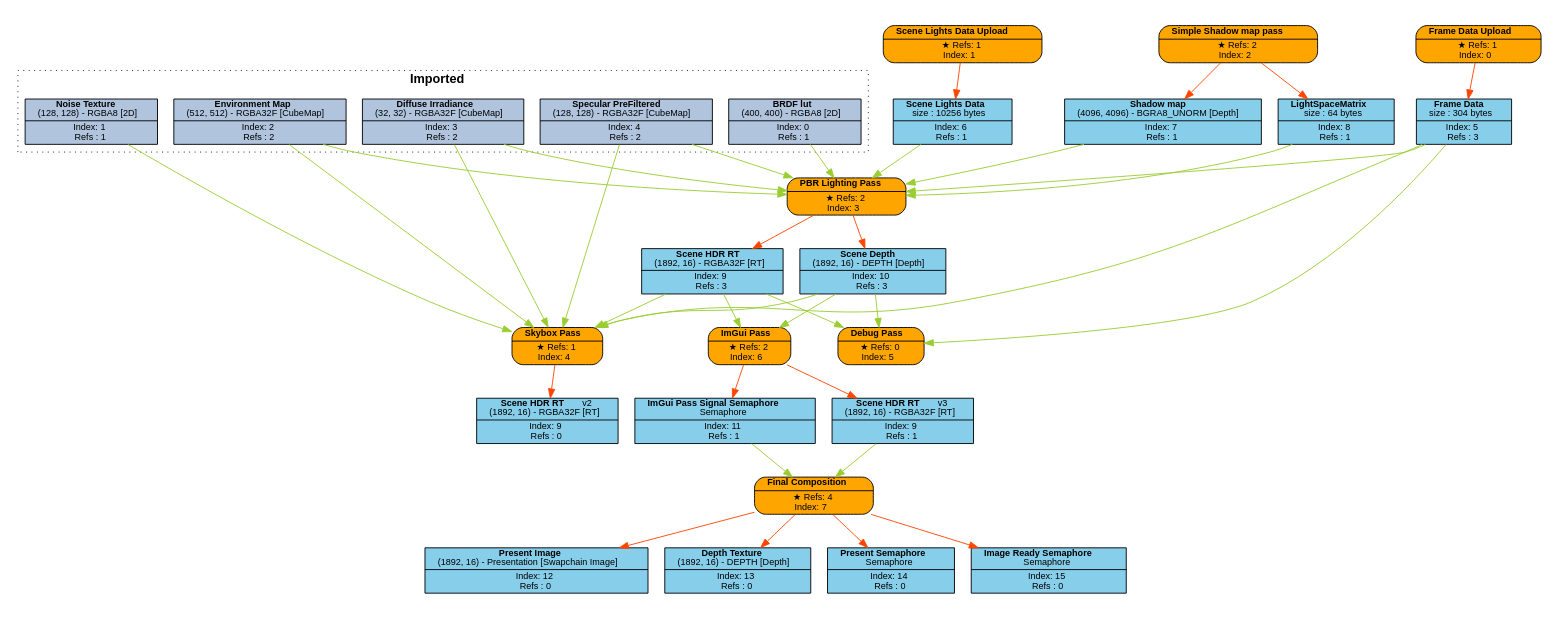
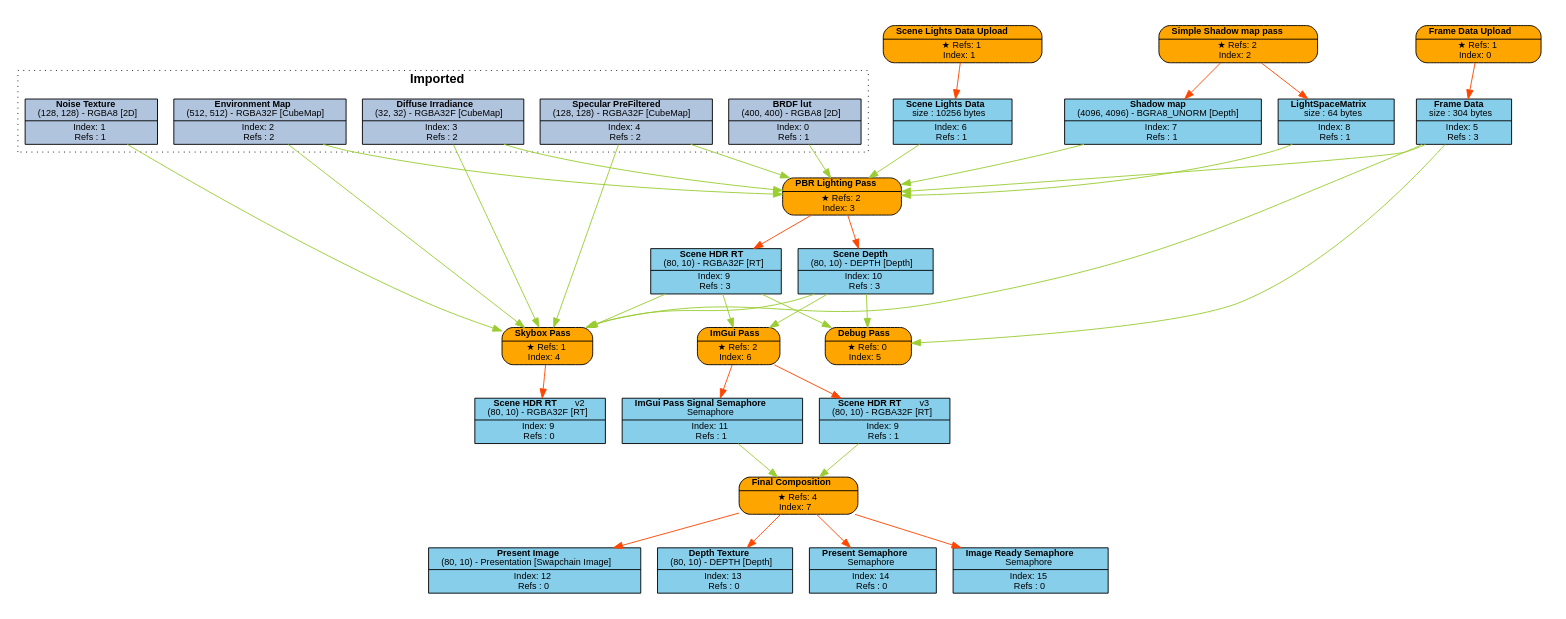
The diagram in Engine/content/FrameGraphs/pbr_lighting_test.dot (Pikachuxxxx/Razix), drawn with Graphviz before and after one commit. The commit also changed 2 other files, not shown here.

```diff
--- a/Engine/content/FrameGraphs/pbr_lighting_test.dot
+++ b/Engine/content/FrameGraphs/pbr_lighting_test.dot
@@ -1,91 +1,91 @@
 digraph FrameGraph {
 graph [style=invis, rankdir="TB" ordering=out, splines=spline]
 node [shape=record, fontname="helvetica", fontsize=10, margin="0.2,0.03"]
 
 P0 [label=<{ {<B>Frame Data Upload</B>} | {&#x2605; Refs: 1<BR/> Index: 0} }> style="rounded,filled", fillcolor=orange]
 P1 [label=<{ {<B>Scene Lights Data Upload</B>} | {&#x2605; Refs: 1<BR/> Index: 1} }> style="rounded,filled", fillcolor=orange]
 P2 [label=<{ {<B>Simple Shadow map pass</B>} | {&#x2605; Refs: 2<BR/> Index: 2} }> style="rounded,filled", fillcolor=orange]
 P3 [label=<{ {<B>PBR Lighting Pass</B>} | {&#x2605; Refs: 2<BR/> Index: 3} }> style="rounded,filled", fillcolor=orange]
 P4 [label=<{ {<B>Skybox Pass</B>} | {&#x2605; Refs: 1<BR/> Index: 4} }> style="rounded,filled", fillcolor=orange]
 P5 [label=<{ {<B>Debug Pass</B>} | {&#x2605; Refs: 0<BR/> Index: 5} }> style="rounded,filled", fillcolor=orange]
 P6 [label=<{ {<B>ImGui Pass</B>} | {&#x2605; Refs: 2<BR/> Index: 6} }> style="rounded,filled", fillcolor=orange]
 P7 [label=<{ {<B>Final Composition</B>} | {&#x2605; Refs: 4<BR/> Index: 7} }> style="rounded,filled", fillcolor=orange]
 
 R0_1 [label=<{ {<B>BRDF lut</B><BR/>(400, 400) - RGBA8 [2D]} | {Index: 0<BR/>Refs : 1} }> style=filled, fillcolor=lightsteelblue]
 R1_1 [label=<{ {<B>Noise Texture</B><BR/>(128, 128) - RGBA8 [2D]} | {Index: 1<BR/>Refs : 1} }> style=filled, fillcolor=lightsteelblue]
 R2_1 [label=<{ {<B>Environment Map</B><BR/>(512, 512) - RGBA32F [CubeMap]} | {Index: 2<BR/>Refs : 2} }> style=filled, fillcolor=lightsteelblue]
 R3_1 [label=<{ {<B>Diffuse Irradiance</B><BR/>(32, 32) - RGBA32F [CubeMap]} | {Index: 3<BR/>Refs : 2} }> style=filled, fillcolor=lightsteelblue]
 R4_1 [label=<{ {<B>Specular PreFiltered</B><BR/>(128, 128) - RGBA32F [CubeMap]} | {Index: 4<BR/>Refs : 2} }> style=filled, fillcolor=lightsteelblue]
 R5_1 [label=<{ {<B>Frame Data</B><BR/>size : 304 bytes} | {Index: 5<BR/>Refs : 3} }> style=filled, fillcolor=skyblue]
 R6_1 [label=<{ {<B>Scene Lights Data</B><BR/>size : 10256 bytes} | {Index: 6<BR/>Refs : 1} }> style=filled, fillcolor=skyblue]
 R7_1 [label=<{ {<B>Shadow map</B><BR/>(4096, 4096) - BGRA8_UNORM [Depth]} | {Index: 7<BR/>Refs : 1} }> style=filled, fillcolor=skyblue]
 R8_1 [label=<{ {<B>LightSpaceMatrix</B><BR/>size : 64 bytes} | {Index: 8<BR/>Refs : 1} }> style=filled, fillcolor=skyblue]
-R9_1 [label=<{ {<B>Scene HDR RT</B><BR/>(1892, 16) - RGBA32F [RT]} | {Index: 9<BR/>Refs : 3} }> style=filled, fillcolor=skyblue]
-R10_1 [label=<{ {<B>Scene Depth</B><BR/>(1892, 16) - DEPTH [Depth]} | {Index: 10<BR/>Refs : 3} }> style=filled, fillcolor=skyblue]
-R9_2 [label=<{ {<B>Scene HDR RT</B>   <FONT>v2</FONT><BR/>(1892, 16) - RGBA32F [RT]} | {Index: 9<BR/>Refs : 0} }> style=filled, fillcolor=skyblue]
+R9_1 [label=<{ {<B>Scene HDR RT</B><BR/>(80, 10) - RGBA32F [RT]} | {Index: 9<BR/>Refs : 3} }> style=filled, fillcolor=skyblue]
+R10_1 [label=<{ {<B>Scene Depth</B><BR/>(80, 10) - DEPTH [Depth]} | {Index: 10<BR/>Refs : 3} }> style=filled, fillcolor=skyblue]
+R9_2 [label=<{ {<B>Scene HDR RT</B>   <FONT>v2</FONT><BR/>(80, 10) - RGBA32F [RT]} | {Index: 9<BR/>Refs : 0} }> style=filled, fillcolor=skyblue]
 R11_1 [label=<{ {<B>ImGui Pass Signal Semaphore</B><BR/>Semaphore} | {Index: 11<BR/>Refs : 1} }> style=filled, fillcolor=skyblue]
-R9_3 [label=<{ {<B>Scene HDR RT</B>   <FONT>v3</FONT><BR/>(1892, 16) - RGBA32F [RT]} | {Index: 9<BR/>Refs : 1} }> style=filled, fillcolor=skyblue]
-R12_1 [label=<{ {<B>Present Image</B><BR/>(1892, 16) - Presentation [Swapchain Image]} | {Index: 12<BR/>Refs : 0} }> style=filled, fillcolor=skyblue]
-R13_1 [label=<{ {<B>Depth Texture</B><BR/>(1892, 16) - DEPTH [Depth]} | {Index: 13<BR/>Refs : 0} }> style=filled, fillcolor=skyblue]
+R9_3 [label=<{ {<B>Scene HDR RT</B>   <FONT>v3</FONT><BR/>(80, 10) - RGBA32F [RT]} | {Index: 9<BR/>Refs : 1} }> style=filled, fillcolor=skyblue]
+R12_1 [label=<{ {<B>Present Image</B><BR/>(80, 10) - Presentation [Swapchain Image]} | {Index: 12<BR/>Refs : 0} }> style=filled, fillcolor=skyblue]
+R13_1 [label=<{ {<B>Depth Texture</B><BR/>(80, 10) - DEPTH [Depth]} | {Index: 13<BR/>Refs : 0} }> style=filled, fillcolor=skyblue]
 R14_1 [label=<{ {<B>Present Semaphore</B><BR/>Semaphore} | {Index: 14<BR/>Refs : 0} }> style=filled, fillcolor=skyblue]
 R15_1 [label=<{ {<B>Image Ready Semaphore</B><BR/>Semaphore} | {Index: 15<BR/>Refs : 0} }> style=filled, fillcolor=skyblue]
 
 P0 -> { R5_1 } [color=orangered]
 P1 -> { R6_1 } [color=orangered]
 P2 -> { R7_1 R8_1 } [color=orangered]
 P3 -> { R9_1 R10_1 } [color=orangered]
 P4 -> { R9_2 } [color=orangered]
 P5 -> { } [color=orangered]
 P6 -> { R9_3 R11_1 } [color=orangered]
 P7 -> { R12_1 R13_1 R14_1 R15_1 } [color=orangered]
 
 R0_1 -> { P3 } [color=olivedrab3]
 R1_1 -> { P4 } [color=olivedrab3]
 R2_1 -> { P3 P4 } [color=olivedrab3]
 R3_1 -> { P3 P4 } [color=olivedrab3]
 R4_1 -> { P3 P4 } [color=olivedrab3]
 R5_1 -> { P3 P4 P5 } [color=olivedrab3]
 R6_1 -> { P3 } [color=olivedrab3]
 R7_1 -> { P3 } [color=olivedrab3]
 R8_1 -> { P3 } [color=olivedrab3]
 R9_1 -> { P4 P5 P6 } [color=olivedrab3]
 R10_1 -> { P4 P5 P6 } [color=olivedrab3]
 R9_2 -> { } [color=olivedrab3]
 R11_1 -> { P7 } [color=olivedrab3]
 R9_3 -> { P7 } [color=olivedrab3]
 R12_1 -> { } [color=olivedrab3]
 R13_1 -> { } [color=olivedrab3]
 R14_1 -> { } [color=olivedrab3]
 R15_1 -> { } [color=olivedrab3]
 
 subgraph cluster_0 {
 P0 R5_1 
 }
 subgraph cluster_1 {
 P1 R6_1 
 }
 subgraph cluster_2 {
 P2 R7_1 R8_1 
 }
 subgraph cluster_3 {
 P3 R9_1 R10_1 
 }
 subgraph cluster_4 {
 P4 
 }
 subgraph cluster_5 {
 P5 
 }
 subgraph cluster_6 {
 P6 R11_1 
 }
 subgraph cluster_7 {
 P7 R12_1 R13_1 R14_1 R15_1 
 }
 
 subgraph cluster_imported_resources {
 graph [style=dotted, fontname="helvetica", label=< <B>Imported</B> >]
 R0_1 R1_1 R2_1 R3_1 R4_1 
 }
 
 }
```
